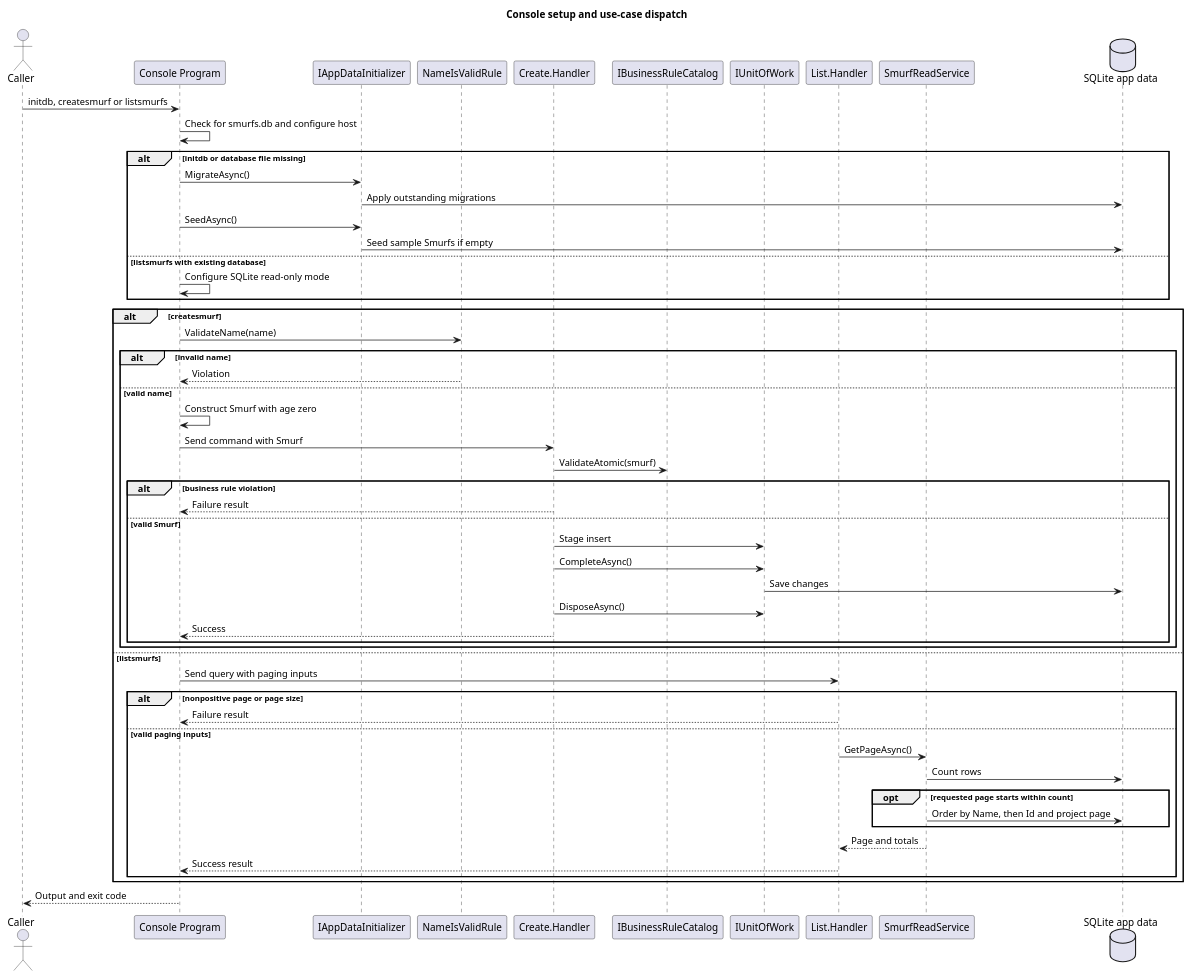
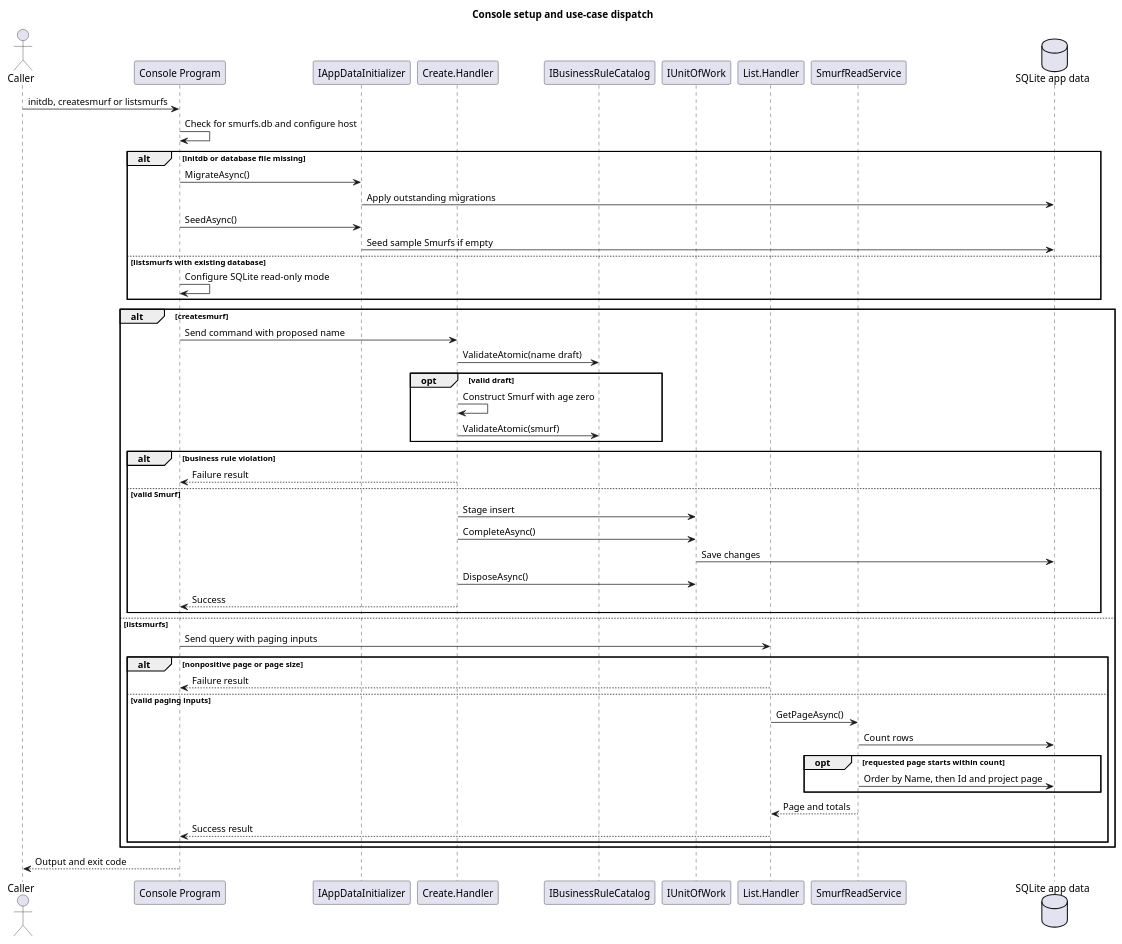
One commit to EbbeMeloSorensen/Smurfs changed the diagram in docs/behavioral/diagrams/console-workflow.puml. Above: the diagram before and after it, drawn with PlantUML. The commit also changed 25 other files, not shown here.

Commit message:
create smurf in WPF app by Codex

```diff
--- a/docs/behavioral/diagrams/console-workflow.puml
+++ b/docs/behavioral/diagrams/console-workflow.puml
@@ -1,57 +1,54 @@
 @startuml
 title Console setup and use-case dispatch
 actor Caller
 participant "Console Program" as CLI
 participant IAppDataInitializer as Setup
-participant NameIsValidRule as NameRule
 participant "Create.Handler" as Create
 participant IBusinessRuleCatalog as Catalog
 participant IUnitOfWork as WriteSession
 participant "List.Handler" as List
 participant SmurfReadService as ReadService
 database "SQLite app data" as DB
 
 Caller -> CLI : initdb, createsmurf or listsmurfs
 CLI -> CLI : Check for smurfs.db and configure host
 alt initdb or database file missing
   CLI -> Setup : MigrateAsync()
   Setup -> DB : Apply outstanding migrations
   CLI -> Setup : SeedAsync()
   Setup -> DB : Seed sample Smurfs if empty
 else listsmurfs with existing database
   CLI -> CLI : Configure SQLite read-only mode
 end
 alt createsmurf
-  CLI -> NameRule : ValidateName(name)
-  alt invalid name
-    NameRule --> CLI : Violation
-  else valid name
-    CLI -> CLI : Construct Smurf with age zero
-    CLI -> Create : Send command with Smurf
+  CLI -> Create : Send command with proposed name
+  Create -> Catalog : ValidateAtomic(name draft)
+  opt valid draft
+    Create -> Create : Construct Smurf with age zero
     Create -> Catalog : ValidateAtomic(smurf)
-    alt business rule violation
-      Create --> CLI : Failure result
-    else valid Smurf
-      Create -> WriteSession : Stage insert
-      Create -> WriteSession : CompleteAsync()
-      WriteSession -> DB : Save changes
-      Create -> WriteSession : DisposeAsync()
-      Create --> CLI : Success
-    end
+  end
+  alt business rule violation
+    Create --> CLI : Failure result
+  else valid Smurf
+    Create -> WriteSession : Stage insert
+    Create -> WriteSession : CompleteAsync()
+    WriteSession -> DB : Save changes
+    Create -> WriteSession : DisposeAsync()
+    Create --> CLI : Success
   end
 else listsmurfs
   CLI -> List : Send query with paging inputs
   alt nonpositive page or page size
     List --> CLI : Failure result
   else valid paging inputs
     List -> ReadService : GetPageAsync()
     ReadService -> DB : Count rows
     opt requested page starts within count
       ReadService -> DB : Order by Name, then Id and project page
     end
     ReadService --> List : Page and totals
     List --> CLI : Success result
   end
 end
 CLI --> Caller : Output and exit code
 @enduml
```
